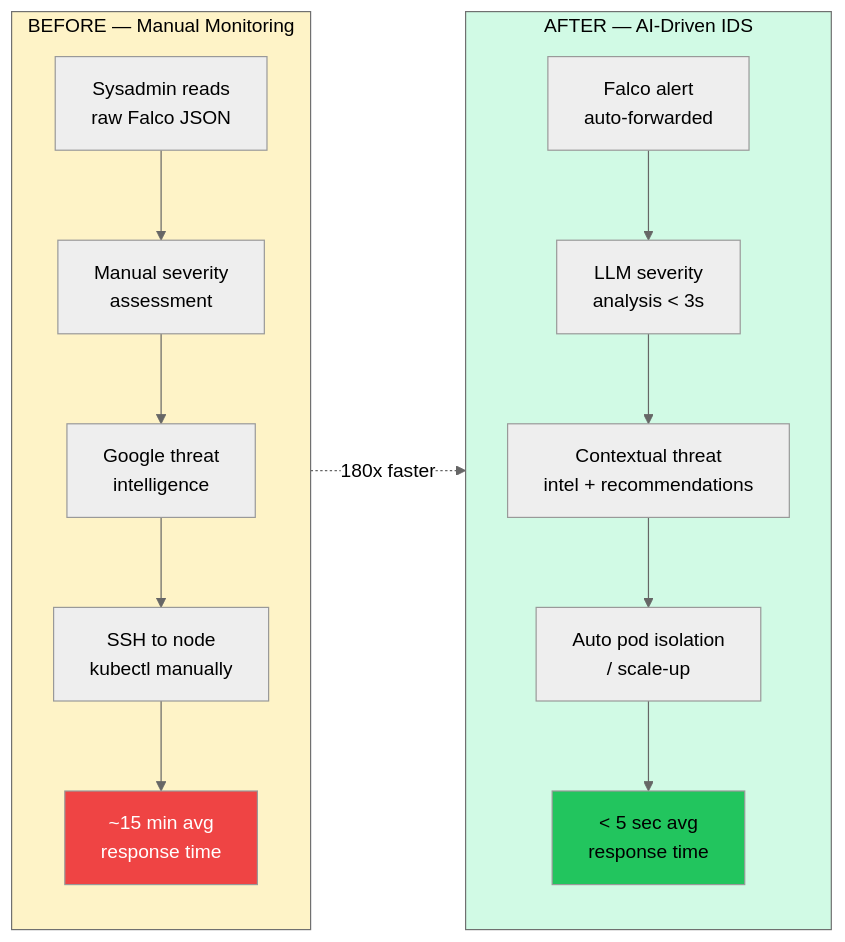
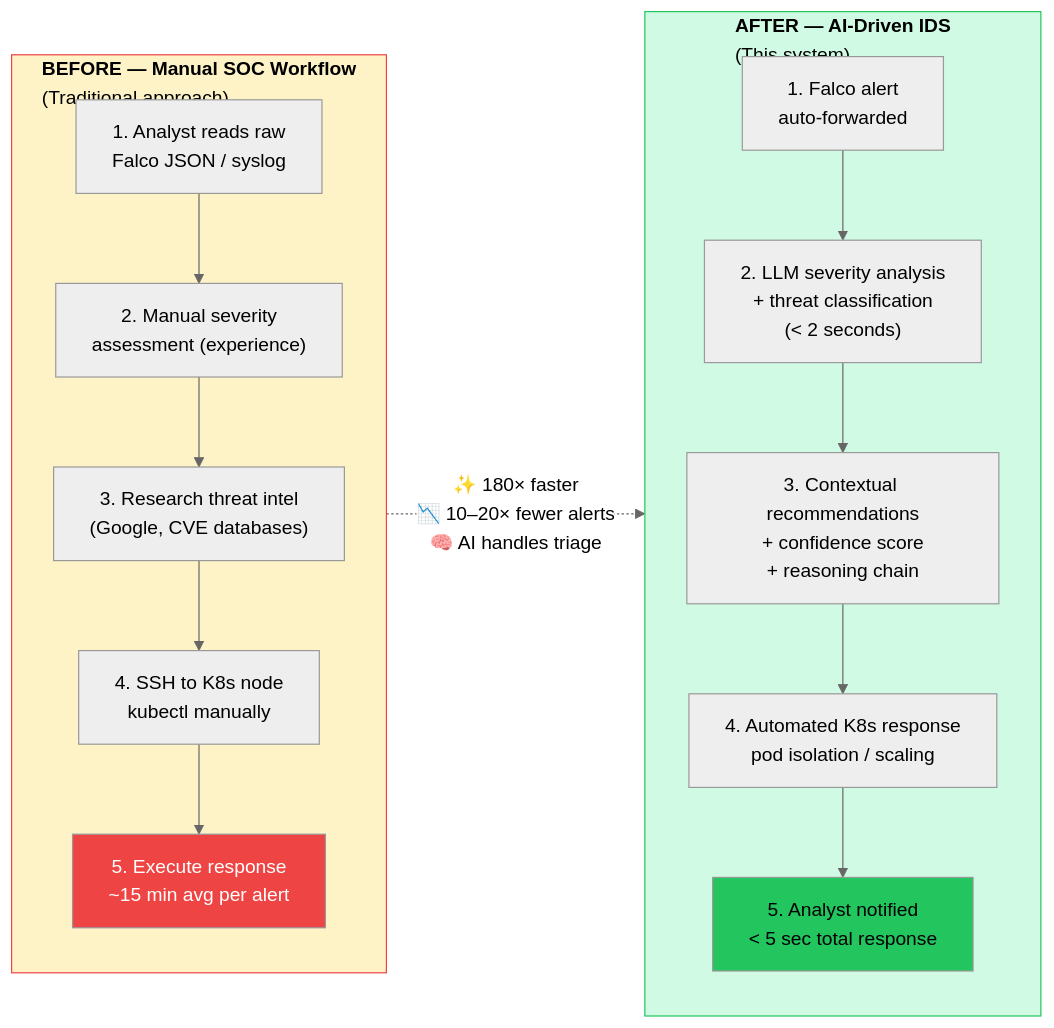
Diagram 16 of 20 in docs/CAPSTONE_FIGURES.md (Alqaly/smart-city-ids), drawn with Mermaid (neutral theme) before and after one commit. The commit also changed other lines of this file, not shown here.

First line of the commit message:
Improve figures file: exact placement labels + enhanced diagrams

````diff
--- a/docs/CAPSTONE_FIGURES.md
+++ b/docs/CAPSTONE_FIGURES.md
@@ -646,25 +680,25 @@
 ```mermaid
 graph LR
-    subgraph Before["BEFORE — Manual Monitoring"]
+    subgraph Before["<b>BEFORE — Manual SOC Workflow</b><br/>(Traditional approach)"]
         direction TB
-        B1["Sysadmin reads\nraw Falco JSON"] --> B2["Manual severity\nassessment"]
-        B2 --> B3["Google threat\nintelligence"]
-        B3 --> B4["SSH to node\nkubectl manually"]
-        B4 --> B5["~15 min avg\nresponse time"]
+        B1["1. Analyst reads raw<br/>Falco JSON / syslog"] --> B2["2. Manual severity<br/>assessment (experience)"]
+        B2 --> B3["3. Research threat intel<br/>(Google, CVE databases)"]
+        B3 --> B4["4. SSH to K8s node<br/>kubectl manually"]
+        B4 --> B5["5. Execute response<br/>~15 min avg per alert"]
     end
 
-    subgraph After["AFTER — AI-Driven IDS"]
+    subgraph After["<b>AFTER — AI-Driven IDS</b><br/>(This system)"]
         direction TB
-        A1["Falco alert\nauto-forwarded"] --> A2["LLM severity\nanalysis < 3s"]
-        A2 --> A3["Contextual threat\nintel + recommendations"]
-        A3 --> A4["Auto pod isolation\n/ scale-up"]
-        A4 --> A5["< 5 sec avg\nresponse time"]
+        A1["1. Falco alert<br/>auto-forwarded"] --> A2["2. LLM severity analysis<br/>+ threat classification<br/>(< 2 seconds)"]
+        A2 --> A3["3. Contextual recommendations<br/>+ confidence score<br/>+ reasoning chain"]
+        A3 --> A4["4. Automated K8s response<br/>pod isolation / scaling"]
+        A4 --> A5["5. Analyst notified<br/>< 5 sec total response"]
     end
 
-    Before -.->|"180x faster"| After
+    Before -.->|"✨ 180× faster\n📉 10–20× fewer alerts\n🧠 AI handles triage"| After
 
     style B5 fill:#ef4444,color:#fff
     style A5 fill:#22c55e,color:#000
-    style Before fill:#fef3c7,color:#000
-    style After fill:#d1fae5,color:#000
+    style Before fill:#fef3c7,color:#000,stroke:#ef4444
+    style After fill:#d1fae5,color:#000,stroke:#22c55e
 ```
````
